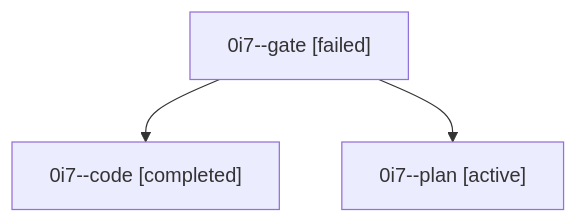
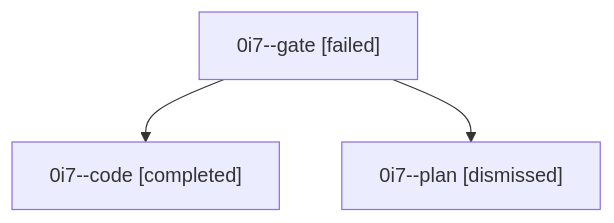
One commit to sase-org/sase--agents changed the diagram in sessions/bbugyi200.athena.0i7.md. Above: the diagram before and after it, drawn with Mermaid. The commit also changed other lines of this file and 27 other files, not shown here.

````diff
--- a/sessions/bbugyi200.athena.0i7.md
+++ b/sessions/bbugyi200.athena.0i7.md
@@ -9,8 +9,8 @@
 ```mermaid
 flowchart TD
   n0["0i7--gate [failed]"]
   n1["0i7--code [completed]"]
   n0 --> n1
-  n2["0i7--plan [active]"]
+  n2["0i7--plan [dismissed]"]
   n0 --> n2
 ```
````
